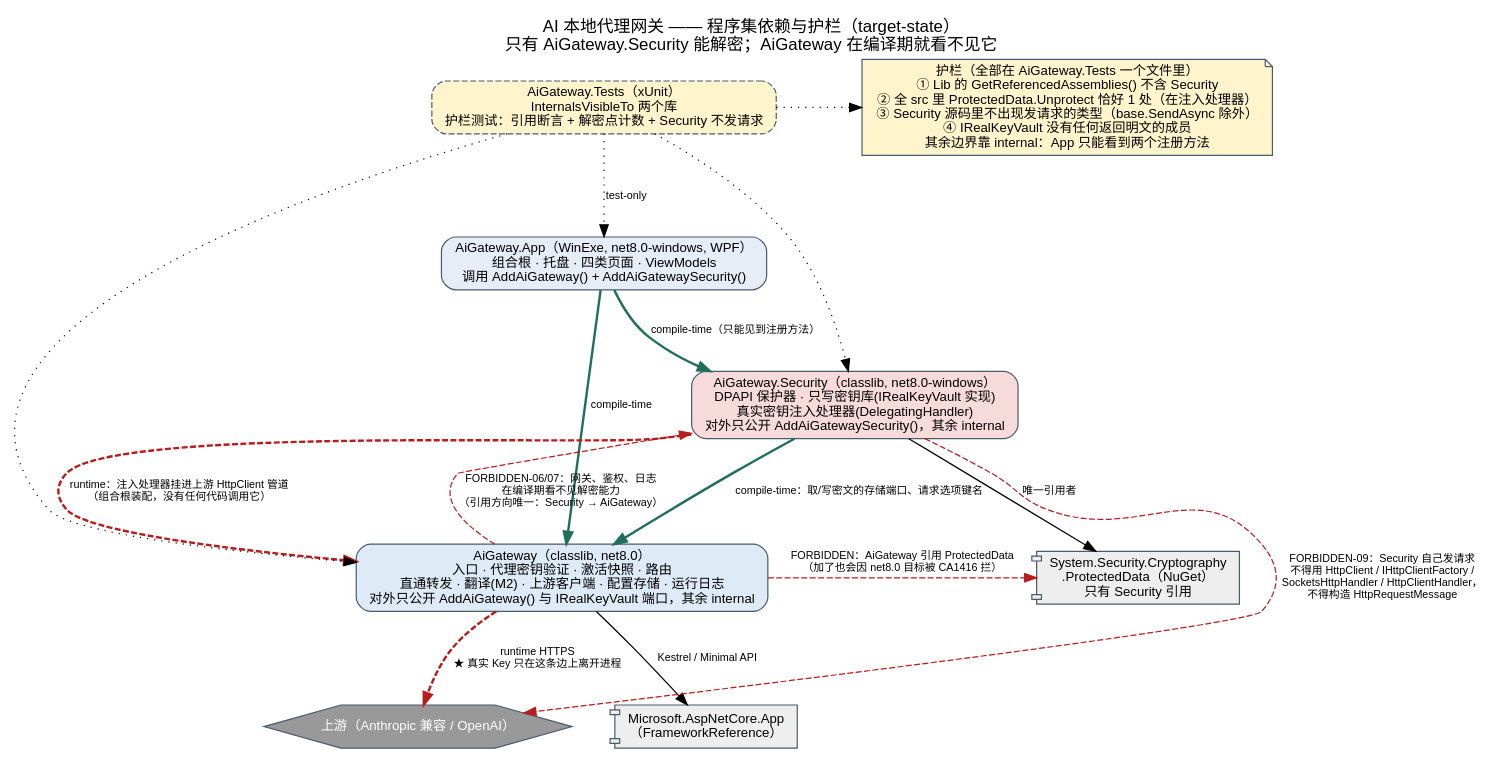
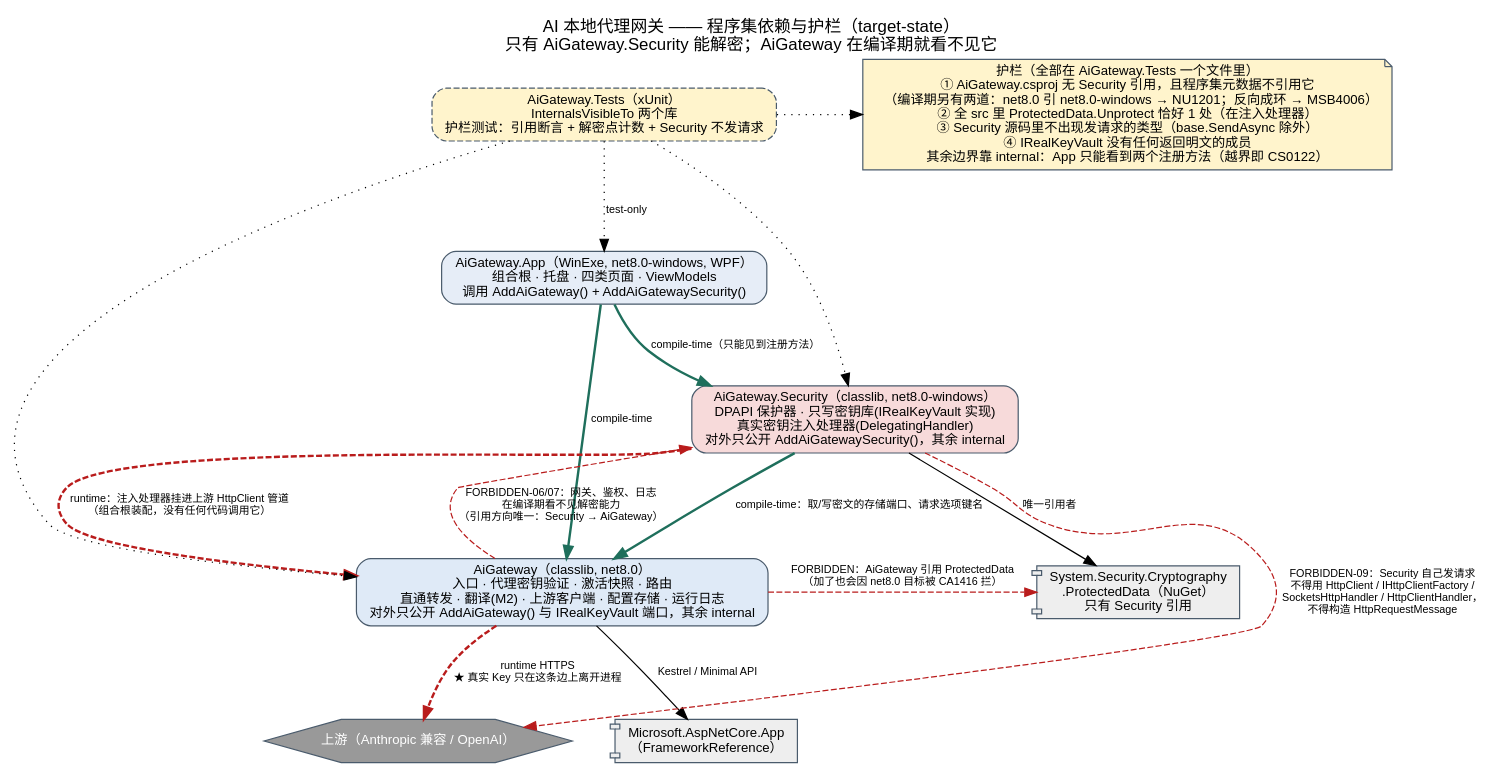
One commit to sonder123i/keyhaven changed the diagram in docs/architecture/ai-gateway.dependencies.dot. Above: the diagram before and after it, drawn with Graphviz. The commit also changed 23 other files, not shown here.

```diff
--- a/docs/architecture/ai-gateway.dependencies.dot
+++ b/docs/architecture/ai-gateway.dependencies.dot
@@ -1,49 +1,49 @@
 // ai-gateway.dependencies.dot
 // 程序集依赖与护栏（2026-10-15 按 review 决策重写：10 个程序集收成 3 个产品程序集 + 1 个测试项目）。
 // 读法：实线 = 编译期引用；虚线 = 运行时装配；红色虚线 = 禁止边（禁令，不是现状），constraint=false 不参与分层。
 // 设计意图：只给"密钥"这一条脊柱留编译期边界；其余边界靠 internal 可见性 + 一个小测试文件。
 digraph AiGatewayDeps {
     rankdir=TB;
     nodesep=0.5;
     ranksep=0.8;
     fontname="Sans-Serif";
     labelloc=t;
     label="AI 本地代理网关 —— 程序集依赖与护栏（target-state）\n只有 AiGateway.Security 能解密；AiGateway 在编译期就看不见它";
 
     node [fontname="Sans-Serif", fontsize=11, shape=box, style="rounded,filled", fillcolor="#f5f7fa", color="#4a5b6c"];
     edge [fontname="Sans-Serif", fontsize=9];
 
     App [label="AiGateway.App（WinExe, net8.0-windows, WPF）\n组合根 · 托盘 · 四类页面 · ViewModels\n调用 AddAiGateway() + AddAiGatewaySecurity()", fillcolor="#e6edf7"];
 
     Lib [label="AiGateway（classlib, net8.0）\n入口 · 代理密钥验证 · 激活快照 · 路由\n直通转发 · 翻译(M2) · 上游客户端 · 配置存储 · 运行日志\n对外只公开 AddAiGateway() 与 IRealKeyVault 端口，其余 internal", fillcolor="#dfeaf7"];
 
     Sec [label="AiGateway.Security（classlib, net8.0-windows）\nDPAPI 保护器 · 只写密钥库(IRealKeyVault 实现)\n真实密钥注入处理器(DelegatingHandler)\n对外只公开 AddAiGatewaySecurity()，其余 internal", fillcolor="#f7dada"];
 
     Tests [label="AiGateway.Tests（xUnit）\nInternalsVisibleTo 两个库\n护栏测试：引用断言 + 解密点计数 + Security 不发请求", style="rounded,filled,dashed", fillcolor="#fff4cc"];
 
     Pkg [label="System.Security.Cryptography\n.ProtectedData（NuGet）\n只有 Security 引用", shape=component, fillcolor="#eeeeee"];
     AspNet [label="Microsoft.AspNetCore.App\n（FrameworkReference）", shape=component, fillcolor="#eeeeee"];
     Upstream [label="上游（Anthropic 兼容 / OpenAI）", shape=hexagon, style=filled, fillcolor="#999999", fontcolor="#ffffff"];
 
     // ---------- 编译期引用（现状目标） ----------
     App -> Lib [label="compile-time", color="#1f6f5c", penwidth=2];
     App -> Sec [label="compile-time（只能见到注册方法）", color="#1f6f5c", penwidth=2];
     Sec -> Lib [label="compile-time：取/写密文的存储端口、请求选项键名", color="#1f6f5c", penwidth=2];
     Sec -> Pkg [label="唯一引用者"];
     Lib -> AspNet [label="Kestrel / Minimal API"];
     Tests -> App [style=dotted, label="test-only"];
     Tests -> Lib [style=dotted];
     Tests -> Sec [style=dotted];
 
     // ---------- 运行时装配 ----------
     Sec -> Lib [label="runtime：注入处理器挂进上游 HttpClient 管道\n（组合根装配，没有任何代码调用它）", style=dashed, color="#b91c1c", penwidth=2, constraint=false];
     Lib -> Upstream [label="runtime HTTPS\n★ 真实 Key 只在这条边上离开进程", style=dashed, color="#b91c1c", penwidth=2];
 
     // ---------- 禁止边（禁令，由编译器或护栏测试拦截） ----------
     Lib -> Sec [label="FORBIDDEN-06/07：网关、鉴权、日志\n在编译期看不见解密能力\n（引用方向唯一：Security → AiGateway）", color="#b91c1c", style=dashed, constraint=false];
     Lib -> Pkg [label="FORBIDDEN：AiGateway 引用 ProtectedData\n（加了也会因 net8.0 目标被 CA1416 拦）", color="#b91c1c", style=dashed, constraint=false];
     Sec -> Upstream [label="FORBIDDEN-09：Security 自己发请求\n不得用 HttpClient / IHttpClientFactory /\nSocketsHttpHandler / HttpClientHandler，\n不得构造 HttpRequestMessage", color="#b91c1c", style=dashed, constraint=false];
 
-    guard [label="护栏（全部在 AiGateway.Tests 一个文件里）\n① Lib 的 GetReferencedAssemblies() 不含 Security\n② 全 src 里 ProtectedData.Unprotect 恰好 1 处（在注入处理器）\n③ Security 源码里不出现发请求的类型（base.SendAsync 除外）\n④ IRealKeyVault 没有任何返回明文的成员\n其余边界靠 internal：App 只能看到两个注册方法", shape=note, style="rounded,filled", fillcolor="#fff4cc"];
+    guard [label="护栏（全部在 AiGateway.Tests 一个文件里）\n① AiGateway.csproj 无 Security 引用，且程序集元数据不引用它\n   （编译期另有两道：net8.0 引 net8.0-windows → NU1201；反向成环 → MSB4006）\n② 全 src 里 ProtectedData.Unprotect 恰好 1 处（在注入处理器）\n③ Security 源码里不出现发请求的类型（base.SendAsync 除外）\n④ IRealKeyVault 没有任何返回明文的成员\n其余边界靠 internal：App 只能看到两个注册方法（越界即 CS0122）", shape=note, style="rounded,filled", fillcolor="#fff4cc"];
     Tests -> guard [style=dotted, constraint=false];
 }
```
